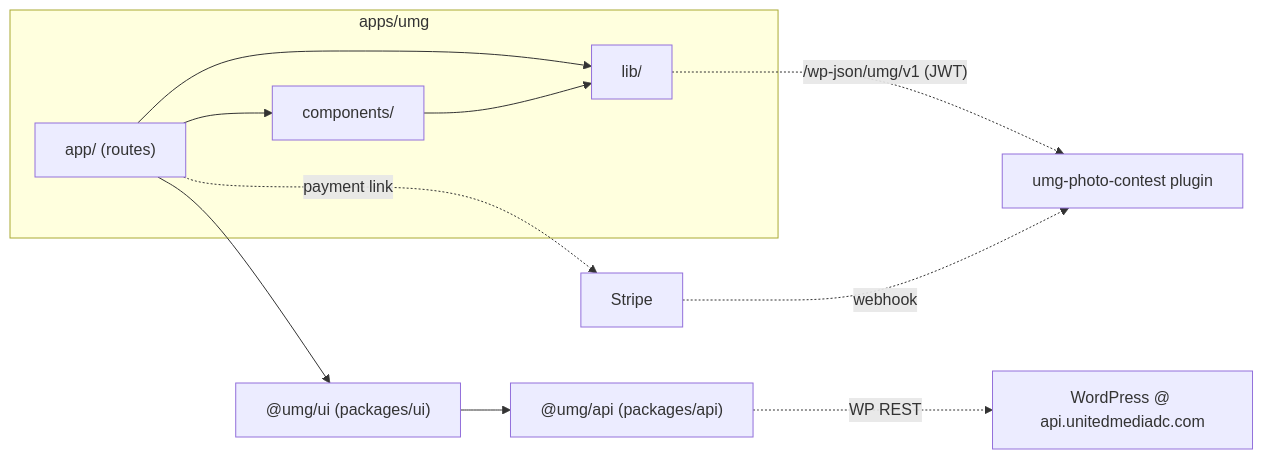
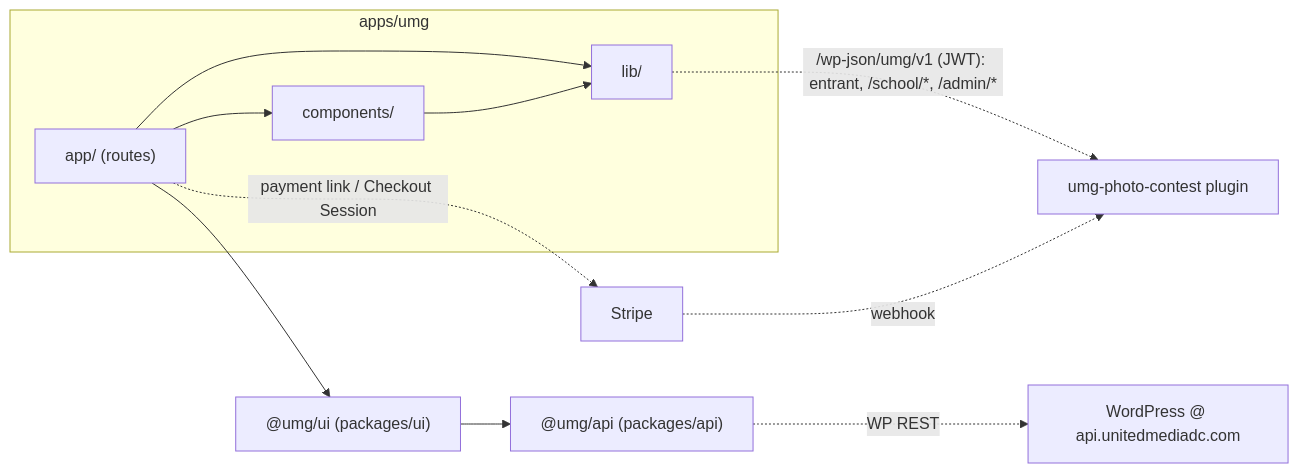
The diagram in docs/codebase/apps/umg/README.md (huuaho/umg-headless), drawn with Mermaid before and after one commit. The commit also changed other lines of this file and 64 other files, not shown here.

````diff
--- a/docs/codebase/apps/umg/README.md
+++ b/docs/codebase/apps/umg/README.md
@@ -20,14 +20,14 @@
 ```mermaid
 graph LR
   subgraph apps/umg
     appdir["app/ (routes)"] --> components["components/"]
     appdir --> lib["lib/"]
     components --> lib
   end
   appdir --> ui["@umg/ui (packages/ui)"]
   ui --> api["@umg/api (packages/api)"]
   api -.WP REST.-> wp["WordPress @ api.unitedmediadc.com"]
-  lib -. "/wp-json/umg/v1 (JWT)" .-> plugin["umg-photo-contest plugin"]
-  appdir -.payment link.-> stripe["Stripe"]
+  lib -. "/wp-json/umg/v1 (JWT): entrant, /school/*, /admin/*" .-> plugin["umg-photo-contest plugin"]
+  appdir -.payment link / Checkout Session.-> stripe["Stripe"]
   stripe -.webhook.-> plugin
 ```
````
